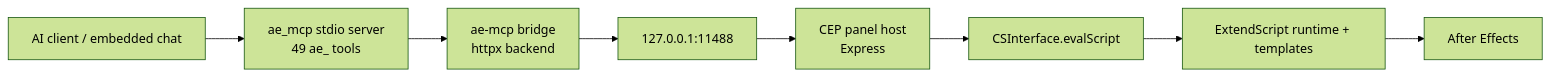
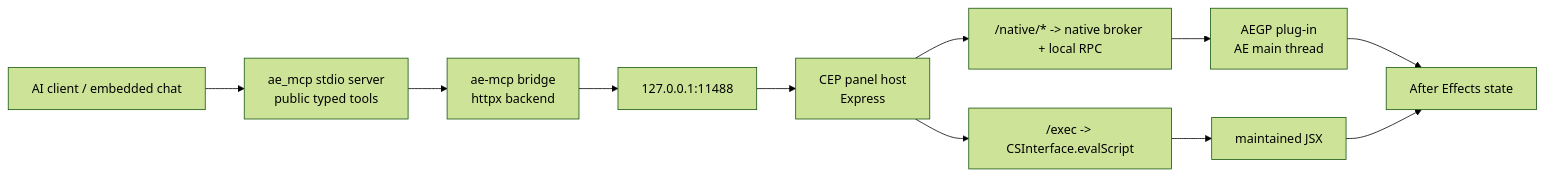
The first of 4 diagrams in docs/WORKFLOW.md (JUNKDOGE-JOE/after-effects-mcp), drawn with Mermaid (forest theme) before and after one commit. The commit also changed other lines of this file and 8 other files, not shown here.

````diff
--- a/docs/WORKFLOW.md
+++ b/docs/WORKFLOW.md
@@ -19,10 +18,13 @@
 ```mermaid
 flowchart LR
-    A["AI client / embedded chat"] --> B["ae_mcp stdio server<br/>49 ae_ tools"]
+    A["AI client / embedded chat"] --> B["ae_mcp stdio server<br/>public typed tools"]
     B --> C["ae-mcp bridge<br/>httpx backend"]
     C --> D["127.0.0.1:11488"]
     D --> E["CEP panel host<br/>Express"]
-    E --> F["CSInterface.evalScript"]
-    F --> G["ExtendScript runtime + templates"]
-    G --> H["After Effects"]
+    E --> F["/native/* -> native broker + local RPC"]
+    F --> G["AEGP plug-in<br/>AE main thread"]
+    E --> H["/exec -> CSInterface.evalScript"]
+    H --> I["maintained JSX"]
+    G --> J["After Effects state"]
+    I --> J
 ```
````
